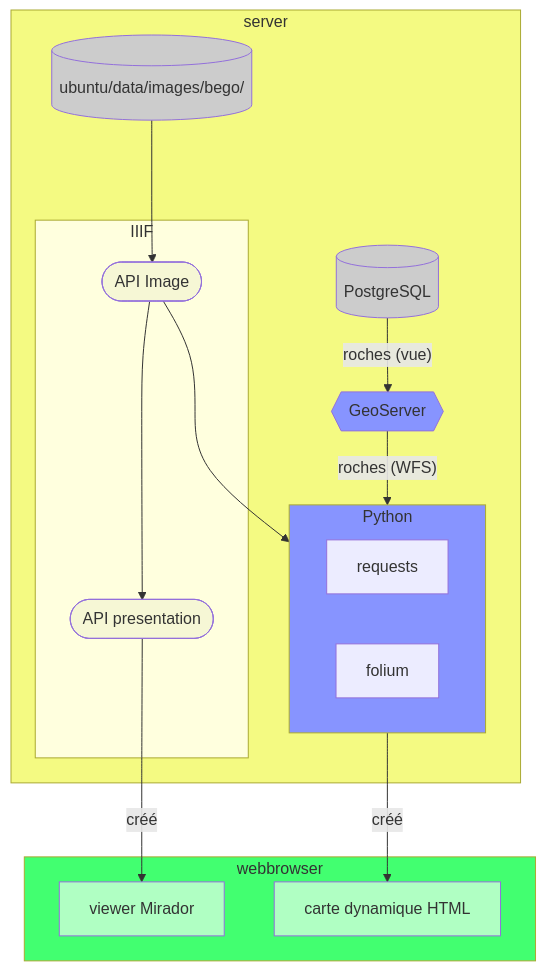
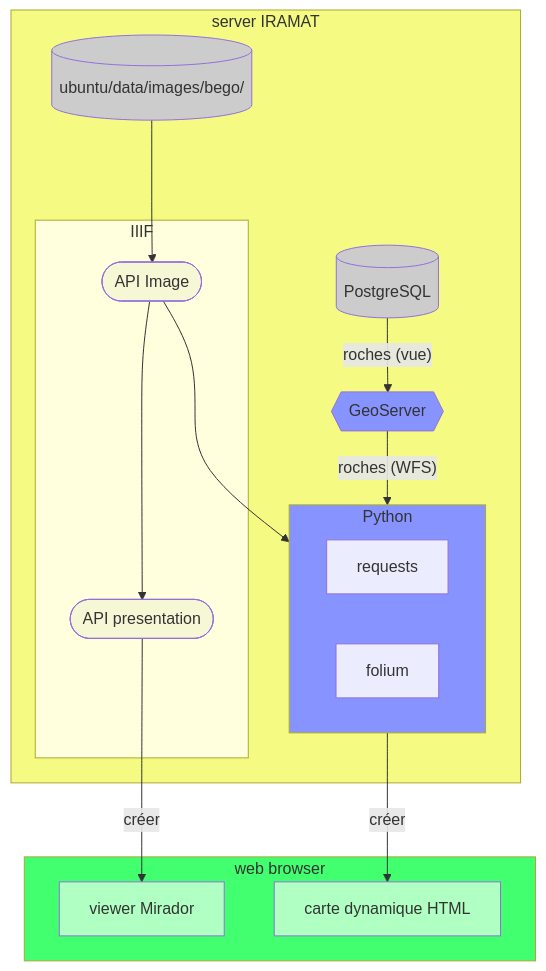
Before and after one commit to zoometh/bego: the first of 2 diagrams in README.md, drawn with Mermaid. The commit also changed other lines of this file and 42 other files, not shown here.

````diff
--- a/README.md
+++ b/README.md
@@ -6,33 +7,34 @@
 ```mermaid
 flowchart TD
-    subgraph server
+    subgraph server[server IRAMAT]
         DBimg[(ubuntu/data/images/bego/)] ---> IIIFimg([API Image])
         subgraph IRAMATiiif[IIIF]
             IIIFimg ---> IIIFpres([API presentation])
         end
         IIIFimg ---> Python{{Python}}
         subgraph Python
             requests
             folium
         end
         DB[(PostgreSQL)] -- roches (vue) --> GS{{GeoServer}}
         GS -- roches (WFS) --> Python
     end
-  subgraph webbrowser
-    IIIFpres -- créé -->  outIIIF[viewer Mirador]
-    Python -- créé --> outHTML[carte dynamique HTML]
+  subgraph out[web browser]
+    IIIFpres -- créer -->  outIIIF[viewer Mirador]
+    Python -- créer --> outHTML[carte dynamique HTML]
   end
  
 
 style server fill:#f4fa82
 style DBimg fill:#cccccc
 style DB fill:#cccccc
 style IIIFimg fill:#f6f7d5
 style IIIFpres fill:#f6f7d5
 style Python fill:#8794ff
 style GS fill:#8794ff
+
 style outIIIF fill:#b0ffc3
 style outHTML fill:#b0ffc3
-style webbrowser fill:#42ff70
+style out fill:#42ff70
 
 ```
````
